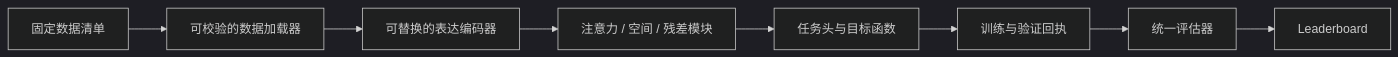
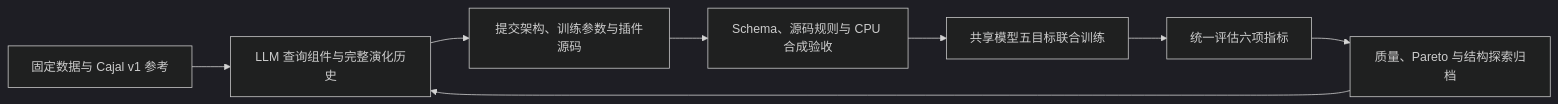
Before and after one commit to novaeve/nanobrain: the diagram in README_zh-CN.md, drawn with Mermaid (dark theme). The commit also changed other lines of this file and 752 other files, not shown here.

````diff
--- a/README_zh-CN.md
+++ b/README_zh-CN.md
@@ -112,10 +25,10 @@
 ```mermaid
 flowchart LR
-    A["固定数据清单"] --> B["可校验的数据加载器"]
-    B --> C["可替换的表达编码器"]
-    C --> D["注意力 / 空间 / 残差模块"]
-    D --> E["任务头与目标函数"]
-    E --> F["训练与验证回执"]
-    F --> G["统一评估器"]
-    G --> H["Leaderboard"]
+    A[固定数据与 Cajal v1 参考] --> B[LLM 查询组件与完整演化历史]
+    B --> C[提交架构、训练参数与插件源码]
+    C --> D[Schema、源码规则与 CPU 合成验收]
+    D --> E[共享模型五目标联合训练]
+    E --> F[统一评估六项指标]
+    F --> G[质量、Pareto 与结构探索归档]
+    G --> B
 ```
````
